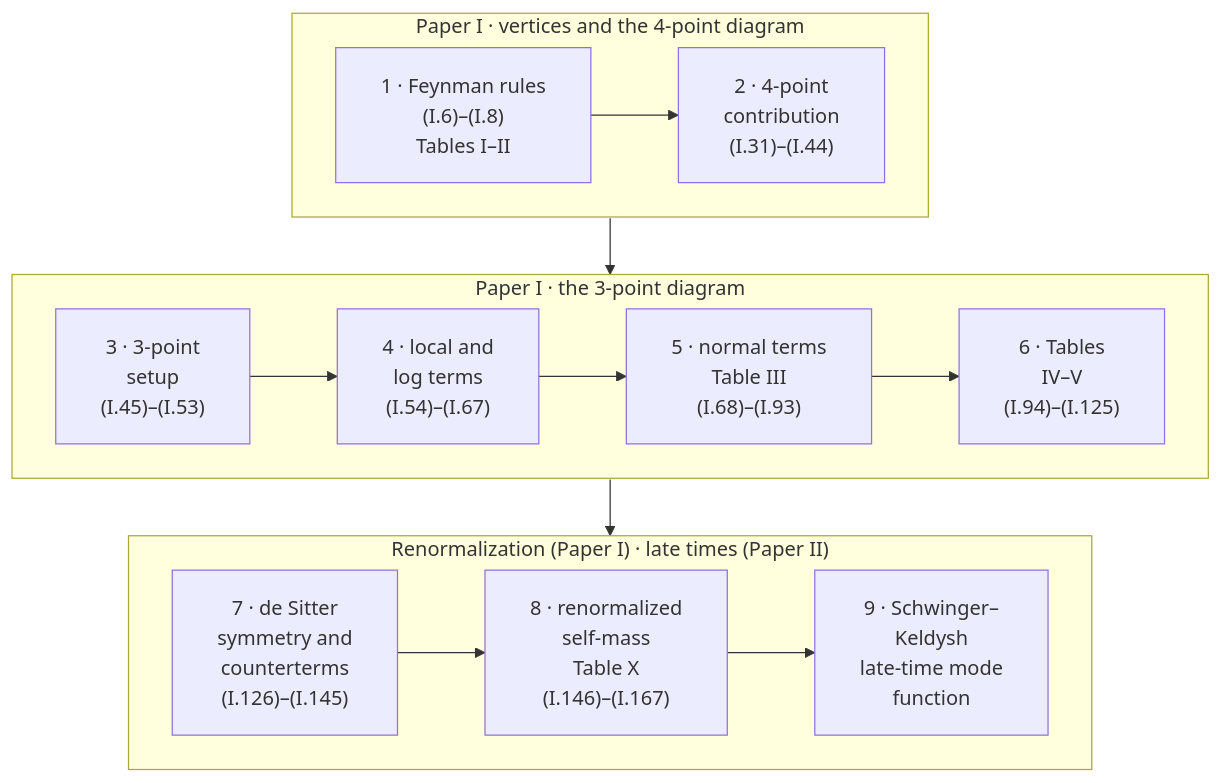
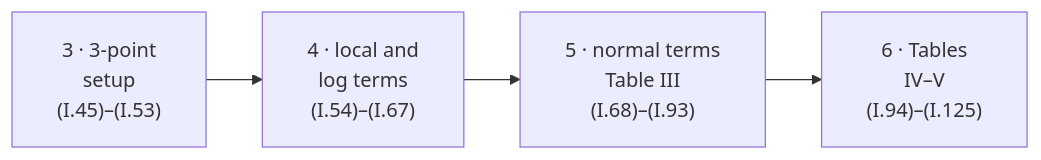
Before and after one commit to eokahya/claude-audits-quantum-gravity: the third of 4 diagrams in README.md, drawn with Mermaid. The commit also changed other lines of this file, not shown here.

Commit message:
README: split the stage diagram into three simple flowcharts so GitHub sizes them correctly

````diff
--- a/README.md
+++ b/README.md
@@ -87,17 +97,5 @@
 ```mermaid
 %%{init: {"flowchart": {"htmlLabels": false, "padding": 18, "nodeSpacing": 35, "rankSpacing": 45}}}%%
-flowchart TB
-    subgraph R1["Paper I · vertices and the 4-point diagram"]
-        direction LR
-        S1["1 · Feynman rules<br/>(I.6)–(I.8)<br/>Tables I–II"] --> S2["2 · 4-point<br/>contribution<br/>(I.31)–(I.44)"]
-    end
-    subgraph R2["Paper I · the 3-point diagram"]
-        direction LR
-        S3["3 · 3-point<br/>setup<br/>(I.45)–(I.53)"] --> S4["4 · local and<br/>log terms<br/>(I.54)–(I.67)"] --> S5["5 · normal terms<br/>Table III<br/>(I.68)–(I.93)"] --> S6["6 · Tables<br/>IV–V<br/>(I.94)–(I.125)"]
-    end
-    subgraph R3["Renormalization (Paper I) · late times (Paper II)"]
-        direction LR
-        S7["7 · de Sitter<br/>symmetry and<br/>counterterms<br/>(I.126)–(I.145)"] --> S8["8 · renormalized<br/>self-mass<br/>Table X<br/>(I.146)–(I.167)"] --> S9["9 · Schwinger–<br/>Keldysh<br/>late-time mode<br/>function"]
-    end
-    R1 --> R2 --> R3
+flowchart LR
+    S3["3 · 3-point<br/>setup<br/>(I.45)–(I.53)"] --> S4["4 · local and<br/>log terms<br/>(I.54)–(I.67)"] --> S5["5 · normal terms<br/>Table III<br/>(I.68)–(I.93)"] --> S6["6 · Tables<br/>IV–V<br/>(I.94)–(I.125)"]
 ```
````
